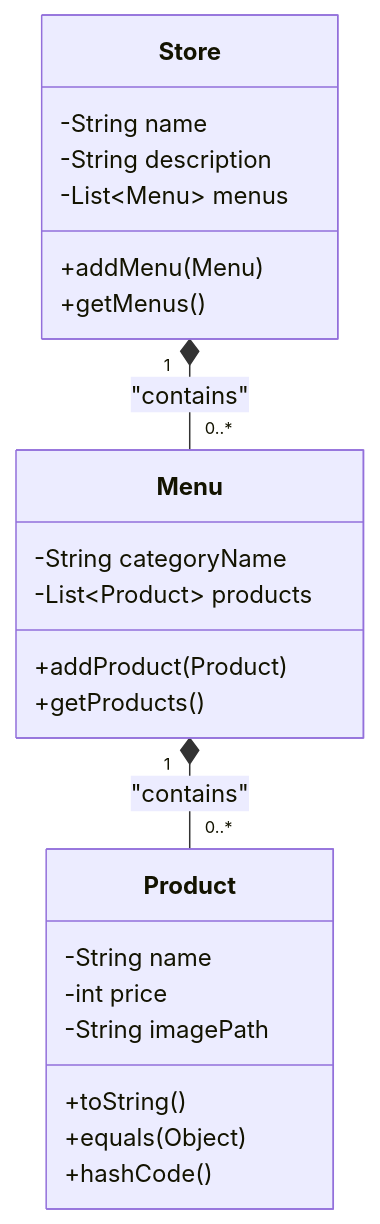
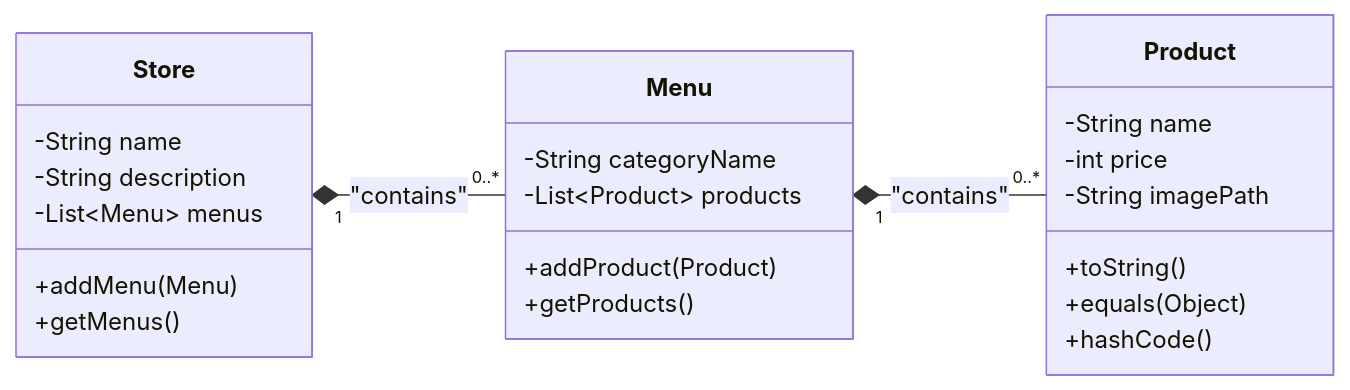
The second of 3 diagrams in readme.md (tjrdlsck/java-opp-KioskProject), drawn with Mermaid before and after one commit. The commit also changed other lines of this file, not shown here.

````diff
--- a/readme.md
+++ b/readme.md
@@ -44,31 +48,31 @@
 ```mermaid
-    classDiagram
-    direction TD
+classDiagram
+    direction LR
 
     class Store {
         -String name
         -String description
         -List~Menu~ menus
         +addMenu(Menu)
         +getMenus()
     }
     
     class Menu {
         -String categoryName
         -List~Product~ products
         +addProduct(Product)
         +getProducts()
     }
     
     class Product {
         -String name
         -int price
         -String imagePath
         +toString()
         +equals(Object)
         +hashCode()
     }
     
     Store "1" *-- "0..*" Menu : "contains"
     Menu "1" *-- "0..*" Product : "contains"
 ```
````
